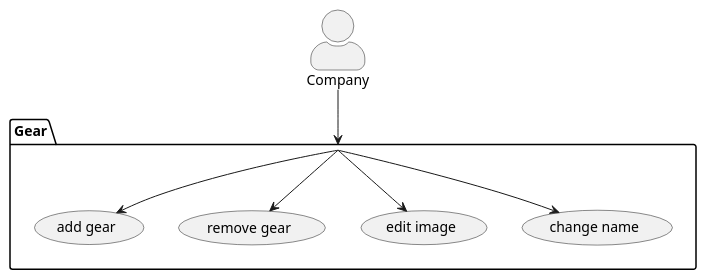
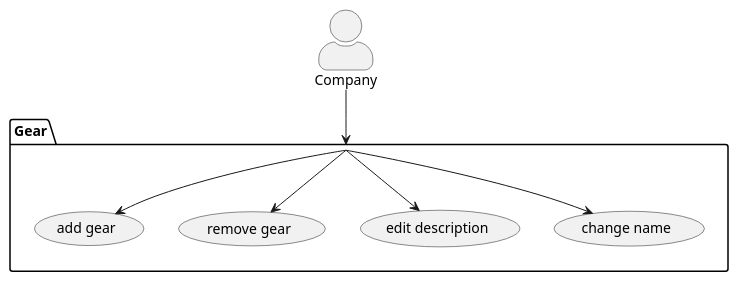
Before and after one commit to DirectorsView/documentation: the third of 4 diagrams in ucd/ucd.puml, drawn with PlantUML. The commit also changed other lines of this file and 2 other files, not shown here.

```diff
--- a/ucd/ucd.puml
+++ b/ucd/ucd.puml
@@ -24,14 +25,15 @@
 @startuml
 skinparam actorStyle awesome
 package Gear as g{
   usecase "change name" as uc1
   usecase "edit image" as uc2
+  usecase "edit description" as uc2
   usecase "remove gear" as uc3
   usecase "add gear" as uc4
 }
 :Company: --> g
 g --> uc1
 g --> uc2
 g --> uc3
 g --> uc4
 @enduml
```
